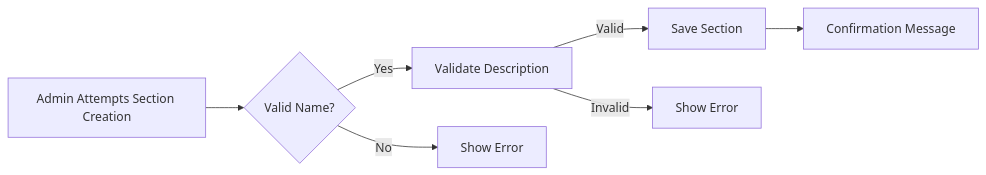
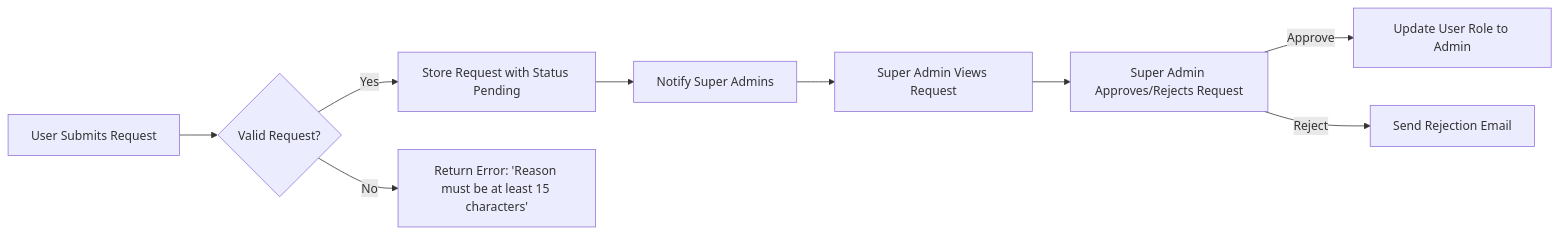
Before and after one commit to wrtnlabs/autobe-examples: the first of 2 diagrams in qwen/qwen3-30b-a3b-thinking-2507/bbs/docs/analysis/09-administration-system.md, drawn with Mermaid. The commit also changed other lines of this file and 11104 other files, not shown here.

````diff
--- a/qwen/qwen3-30b-a3b-thinking-2507/bbs/docs/analysis/09-administration-system.md
+++ b/qwen/qwen3-30b-a3b-thinking-2507/bbs/docs/analysis/09-administration-system.md
@@ -63,9 +172,11 @@
 ```mermaid
 graph LR
-    A[Admin Attempts Section Creation] --> B{"Valid Name?"}
-    B -->|Yes| C[Validate Description]
-    B -->|No| D[Show Error]
-    C -->|Valid| E[Save Section]
-    C -->|Invalid| F[Show Error]
-    E --> G[Confirmation Message]
+    A[User Submits Request] --> B{Valid Request?}
+    B -->|Yes| C[Store Request with Status Pending]
+    B -->|No| D[Return Error: 'Reason must be at least 15 characters']
+    C --> E[Notify Super Admins]
+    E --> F[Super Admin Views Request]
+    F --> G[Super Admin Approves/Rejects Request]
+    G -->|Approve| H[Update User Role to Admin]
+    G -->|Reject| I[Send Rejection Email]
 ```
````
